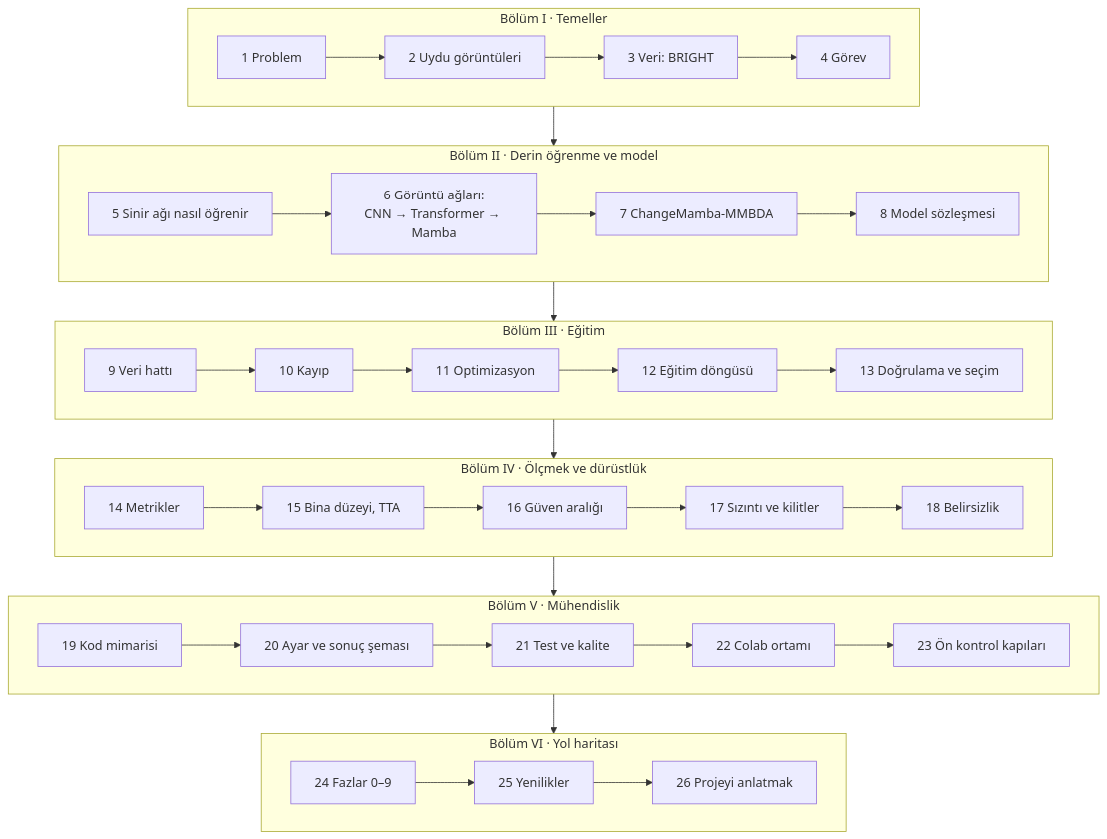
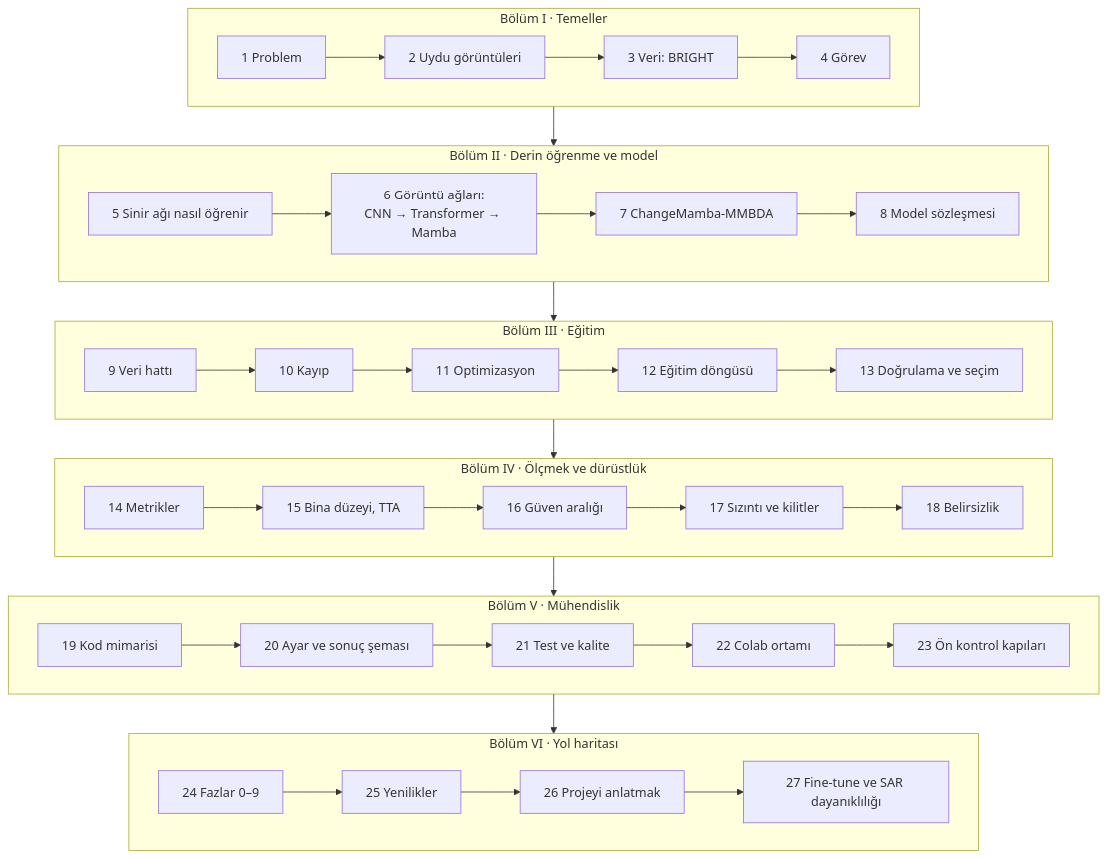
One commit to OgzhnTarhn/deprem-hasar-haritasi changed the first of 11 diagrams in docs/dersler.md. Above: the diagram before and after it, drawn with Mermaid. The commit also changed other lines of this file and 2 other files, not shown here.

Commit message:
Ders kitabına fine-tune ve SAR artırımı dersini ekle

````diff
--- a/docs/dersler.md
+++ b/docs/dersler.md
@@ -26,22 +30,22 @@
 ```mermaid
 flowchart TB
     subgraph I["Bölüm I · Temeller"]
         D1["1 Problem"] --> D2["2 Uydu görüntüleri"] --> D3["3 Veri: BRIGHT"] --> D4["4 Görev"]
     end
     subgraph II["Bölüm II · Derin öğrenme ve model"]
         D5["5 Sinir ağı nasıl öğrenir"] --> D6["6 Görüntü ağları:<br/>CNN → Transformer → Mamba"] --> D7["7 ChangeMamba-MMBDA"] --> D8["8 Model sözleşmesi"]
     end
     subgraph III["Bölüm III · Eğitim"]
         D9["9 Veri hattı"] --> D10["10 Kayıp"] --> D11["11 Optimizasyon"] --> D12["12 Eğitim döngüsü"] --> D13["13 Doğrulama ve seçim"]
     end
     subgraph IV["Bölüm IV · Ölçmek ve dürüstlük"]
         D14["14 Metrikler"] --> D15["15 Bina düzeyi, TTA"] --> D16["16 Güven aralığı"] --> D17["17 Sızıntı ve kilitler"] --> D18["18 Belirsizlik"]
     end
     subgraph V["Bölüm V · Mühendislik"]
         D19["19 Kod mimarisi"] --> D20["20 Ayar ve sonuç şeması"] --> D21["21 Test ve kalite"] --> D22["22 Colab ortamı"] --> D23["23 Ön kontrol kapıları"]
     end
     subgraph VI["Bölüm VI · Yol haritası"]
-        D24["24 Fazlar 0–9"] --> D25["25 Yenilikler"] --> D26["26 Projeyi anlatmak"]
+        D24["24 Fazlar 0–9"] --> D25["25 Yenilikler"] --> D26["26 Projeyi anlatmak"] --> D27["27 Fine-tune ve SAR dayanıklılığı"]
     end
     I --> II --> III --> IV --> V --> VI
 ```
````
